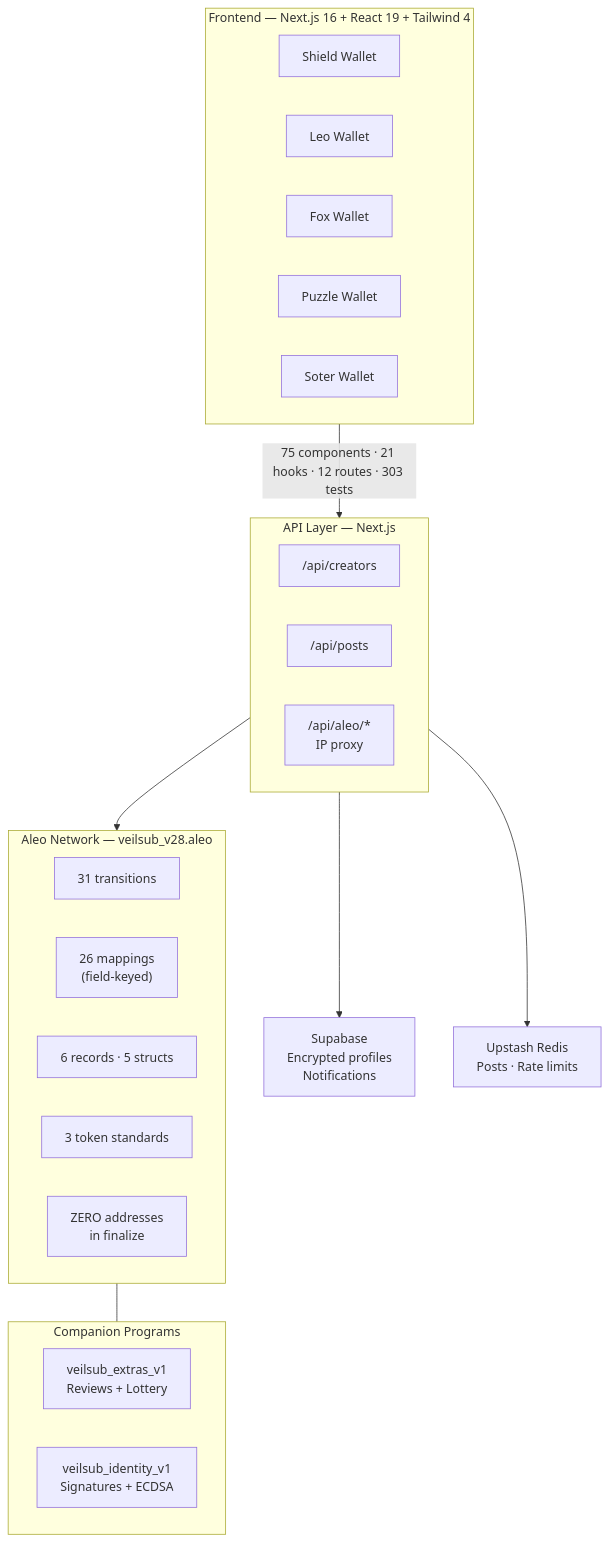
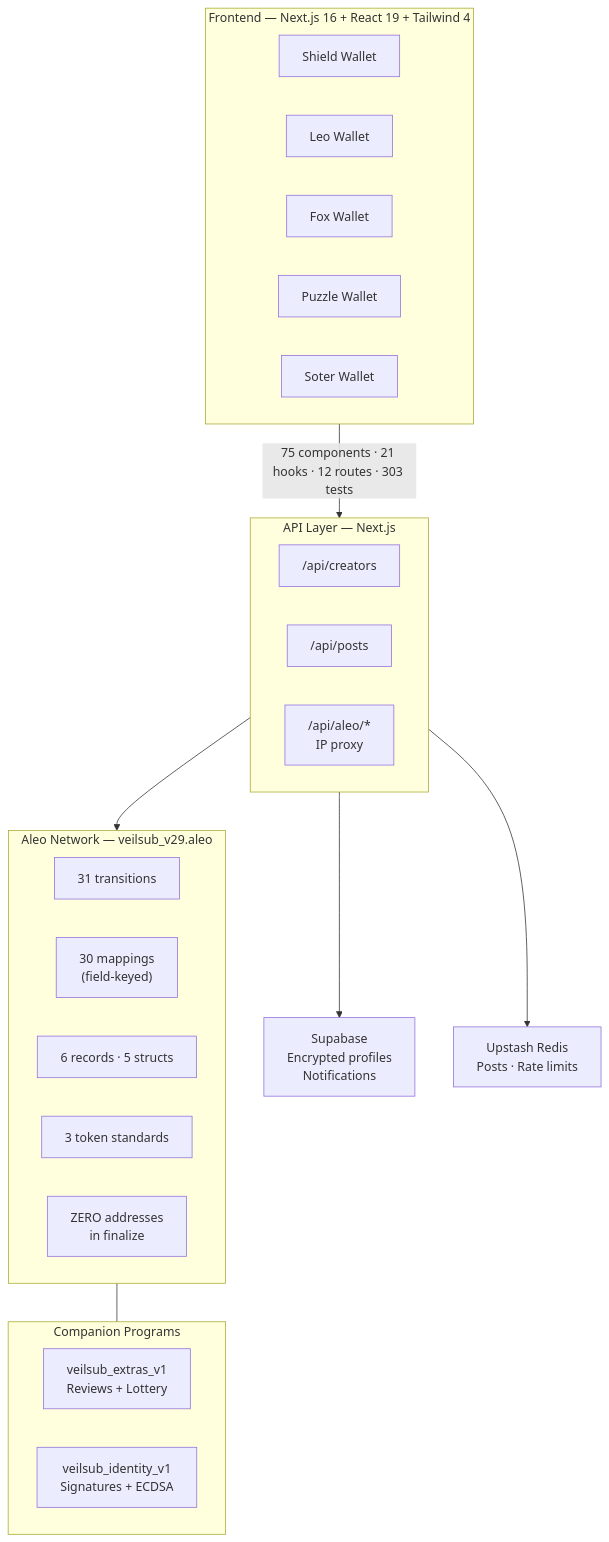
Before and after one commit to Pratiikpy/Veil-Sub: the second of 2 diagrams in README.md, drawn with Mermaid. The commit also changed other lines of this file and 150 other files, not shown here.

````diff
--- a/README.md
+++ b/README.md
@@ -165,41 +165,41 @@
 ```mermaid
 graph TD
     subgraph Frontend["Frontend — Next.js 16 + React 19 + Tailwind 4"]
         direction LR
         W1[Shield Wallet]
         W2[Leo Wallet]
         W3[Fox Wallet]
         W4[Puzzle Wallet]
         W5[Soter Wallet]
     end
 
     Frontend -->|"75 components · 21 hooks · 12 routes · 303 tests"| API
 
     subgraph API["API Layer — Next.js"]
         direction LR
         A1["/api/creators"]
         A2["/api/posts"]
         A3["/api/aleo/*<br/>IP proxy"]
     end
 
     A1 --> Supa["Supabase<br/>Encrypted profiles<br/>Notifications"]
     A2 --> Redis["Upstash Redis<br/>Posts · Rate limits"]
     A3 --> Aleo
 
-    subgraph Aleo["Aleo Network — veilsub_v28.aleo"]
+    subgraph Aleo["Aleo Network — veilsub_v29.aleo"]
         direction LR
         T["31 transitions"]
-        M["26 mappings<br/>(field-keyed)"]
+        M["30 mappings<br/>(field-keyed)"]
         R["6 records · 5 structs"]
         S["3 token standards"]
         Z["ZERO addresses<br/>in finalize"]
     end
 
     subgraph Companion["Companion Programs"]
         direction LR
         E["veilsub_extras_v1<br/>Reviews + Lottery"]
         I["veilsub_identity_v1<br/>Signatures + ECDSA"]
     end
 
     Aleo --- Companion
 ```
````
